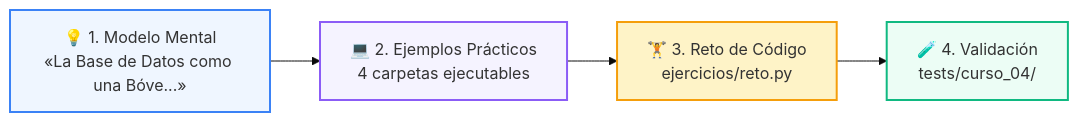
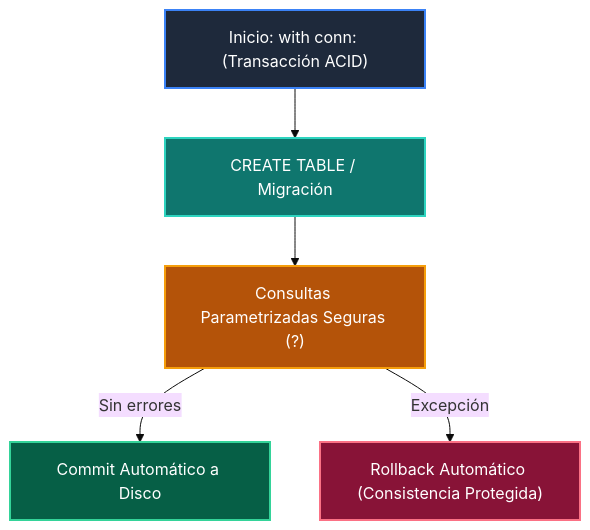
The diagram in 04-proyecto-final/clase-03-persistencia-sql-transacciones/README.md (wisrovi/wisrovi-python), drawn with Mermaid (base theme) before and after one commit. The commit also changed other lines of this file and 271 other files, not shown here.

Commit message:
docs: rewrite all README.md files with bespoke topic-specific Mermaid diagrams and remove repetitive boilerplate

````diff
--- a/04-proyecto-final/clase-03-persistencia-sql-transacciones/README.md
+++ b/04-proyecto-final/clase-03-persistencia-sql-transacciones/README.md
@@ -19,11 +12,13 @@
 ```mermaid
-flowchart LR
-    M["💡 1. Modelo Mental<br/>«La Base de Datos como una Bóve...»"] --> E["💻 2. Ejemplos Prácticos<br/>4 carpetas ejecutables"]
-    E --> R["🏋️ 3. Reto de Código<br/>ejercicios/reto.py"]
-    R --> T["🧪 4. Validación<br/>tests/curso_04/"]
+flowchart TD
+    TX["Inicio: with conn: (Transacción ACID)"] --> DDL["CREATE TABLE / Migración"]
+    DDL --> SEC["Consultas Parametrizadas Seguras (?)"]
+    SEC -->|Sin errores| CMT["Commit Automático a Disco"]
+    SEC -->|Excepción| RBK["Rollback Automático (Consistencia Protegida)"]
 
-    style M fill:#eff6ff,stroke:#3b82f6,stroke-width:2px
-    style E fill:#f5f3ff,stroke:#8b5cf6,stroke-width:2px
-    style R fill:#fef3c7,stroke:#f59e0b,stroke-width:2px
-    style T fill:#ecfdf5,stroke:#10b981,stroke-width:2px
+    style TX fill:#1e293b,color:#fff,stroke:#3b82f6,stroke-width:2px
+    style DDL fill:#0f766e,color:#fff,stroke:#2dd4bf,stroke-width:2px
+    style SEC fill:#b45309,color:#fff,stroke:#f59e0b,stroke-width:2px
+    style CMT fill:#065f46,color:#fff,stroke:#34d399,stroke-width:2px
+    style RBK fill:#881337,color:#fff,stroke:#fb7185,stroke-width:2px
 ```
````
